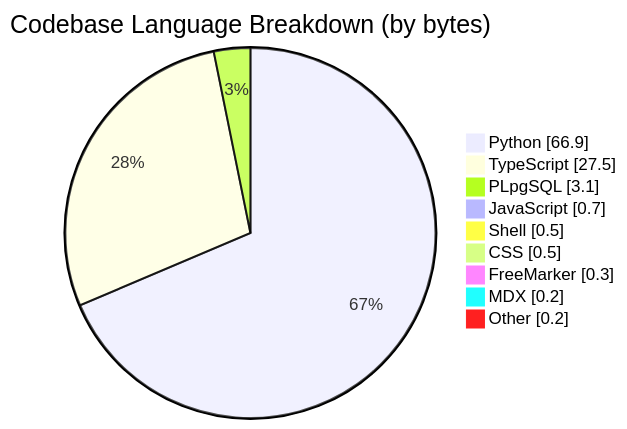
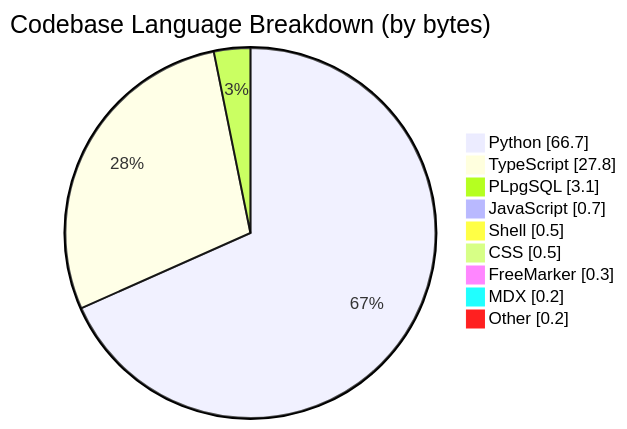
The third of 4 diagrams in profile/README.md (CSTH-Projects/.github), drawn with Mermaid before and after one commit. The commit also changed other lines of this file, not shown here.

````diff
--- a/profile/README.md
+++ b/profile/README.md
@@ -63,13 +63,13 @@
 ```mermaid
 pie showData
     title Codebase Language Breakdown (by bytes)
-    "Python" : 66.9
-    "TypeScript" : 27.5
+    "Python" : 66.7
+    "TypeScript" : 27.8
     "PLpgSQL" : 3.1
     "JavaScript" : 0.7
     "Shell" : 0.5
     "CSS" : 0.5
     "FreeMarker" : 0.3
     "MDX" : 0.2
     "Other" : 0.2
 ```
````
